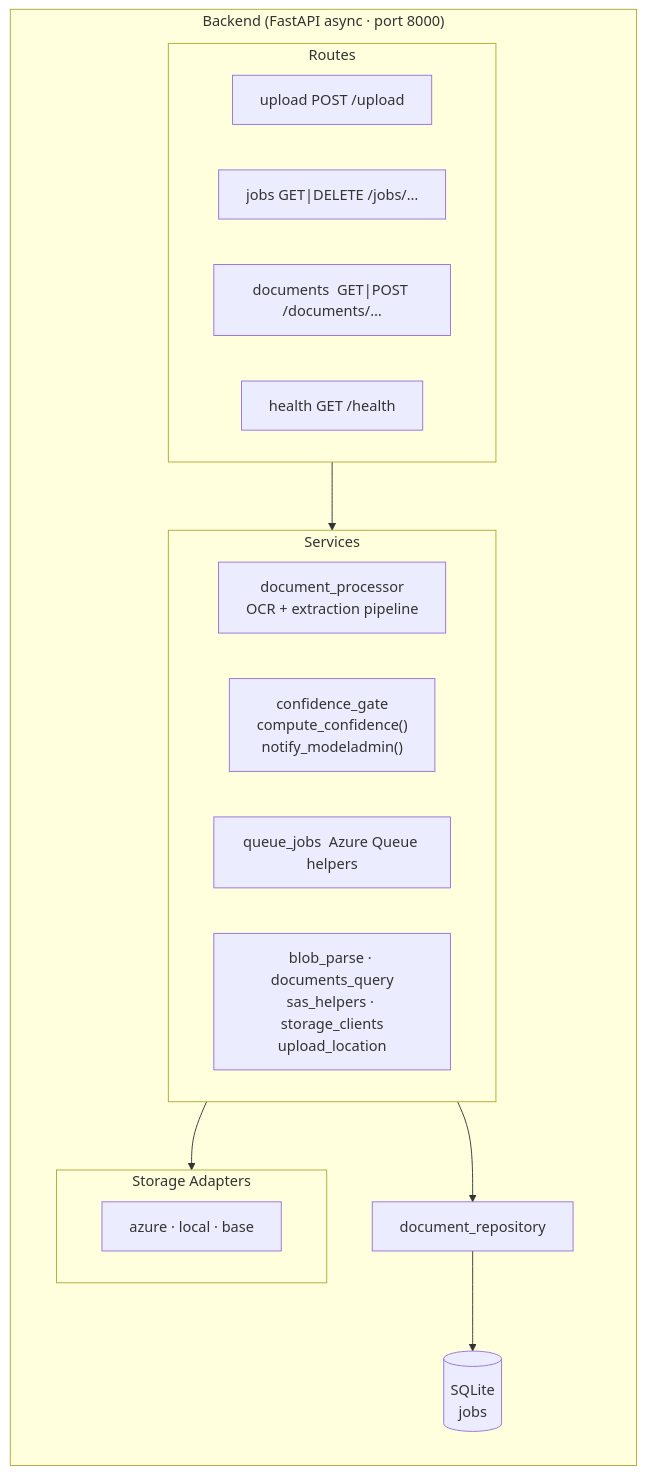
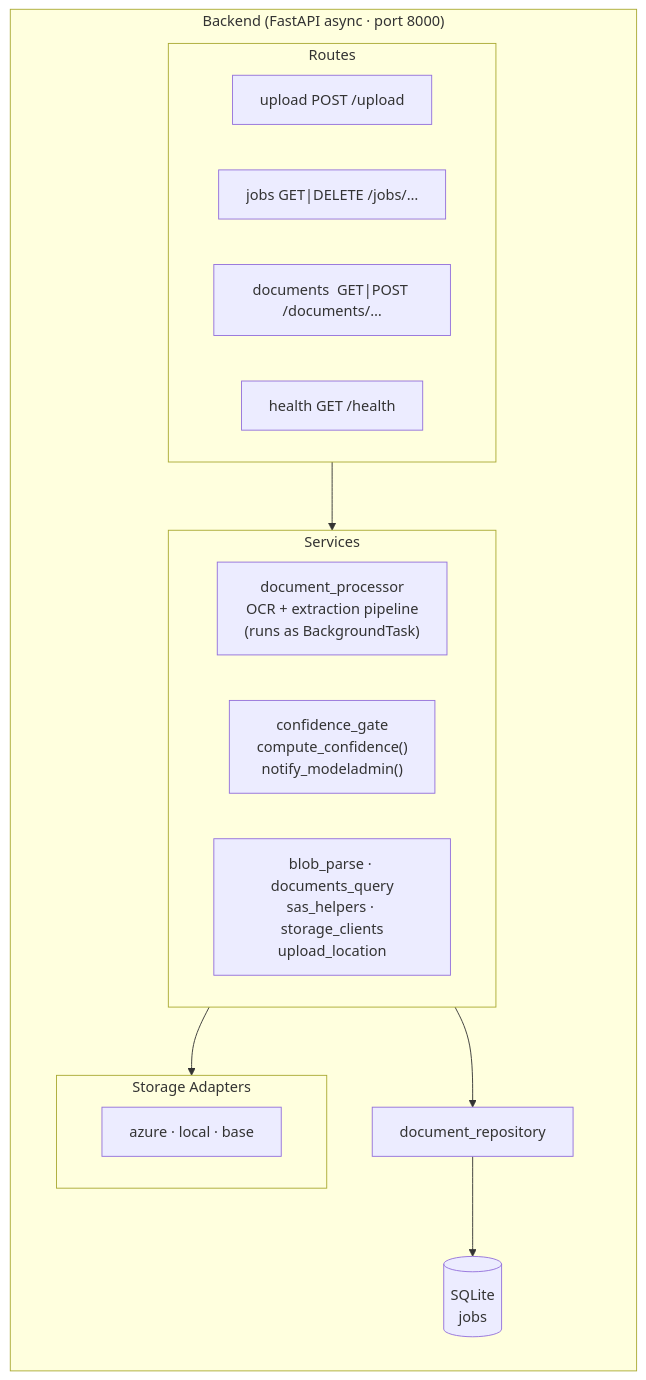
Before and after one commit to southworks/mlops-document-intelligence: the fourth of 8 diagrams in docs/ARCHITECTURE.md, drawn with Mermaid. The commit also changed other lines of this file and 9 other files, not shown here.

````diff
--- a/docs/ARCHITECTURE.md
+++ b/docs/ARCHITECTURE.md
@@ -157,32 +152,31 @@
 ```mermaid
 graph LR
     subgraph backend["Backend  (FastAPI async · port 8000)"]
         direction TB
 
         subgraph b_routes["Routes"]
             BR1["upload  POST /upload"]
             BR2["jobs    GET|DELETE /jobs/…"]
             BR3["documents  GET|POST /documents/…"]
             BR4["health  GET /health"]
         end
 
         subgraph b_services["Services"]
-            BS1["document_processor\n  OCR + extraction pipeline"]
+            BS1["document_processor\n  OCR + extraction pipeline\n  (runs as BackgroundTask)"]
             BS2["confidence_gate\n  compute_confidence()\n  notify_modeladmin()"]
-            BS3["queue_jobs  Azure Queue helpers"]
-            BS4["blob_parse · documents_query\nsas_helpers · storage_clients\nupload_location"]
+            BS3["blob_parse · documents_query\nsas_helpers · storage_clients\nupload_location"]
         end
 
         subgraph b_storage["Storage Adapters"]
             BSA["azure · local · base"]
         end
 
         REPO["document_repository"]
         DB_B[("SQLite\njobs")]
 
         b_routes --> b_services
         b_services --> REPO
         b_services --> b_storage
         REPO --> DB_B
     end
 ```
````
